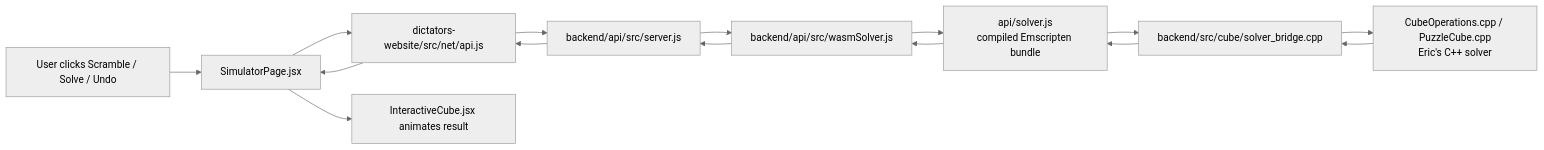
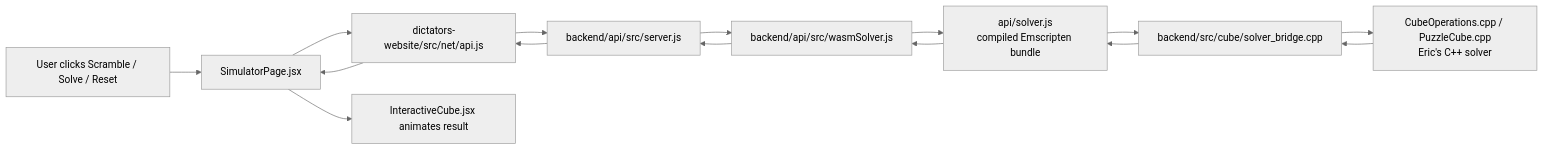
Before and after one commit to Ofunrein/dictators-rubikscube: the first of 3 diagrams in docs/sprint-3-martin.md, drawn with Mermaid (neutral theme). The commit also changed other lines of this file and 8 other files, not shown here.

````diff
--- a/docs/sprint-3-martin.md
+++ b/docs/sprint-3-martin.md
@@ -67,17 +67,17 @@
 ```mermaid
 flowchart LR
-    A[User clicks Scramble / Solve / Undo] --> B[SimulatorPage.jsx]
+    A[User clicks Scramble / Solve / Reset] --> B[SimulatorPage.jsx]
     B --> C[dictators-website/src/net/api.js]
     C --> D[backend/api/src/server.js]
     D --> E[backend/api/src/wasmSolver.js]
     E --> F[api/solver.js<br/>compiled Emscripten bundle]
     F --> G[backend/src/cube/solver_bridge.cpp]
     G --> H[CubeOperations.cpp / PuzzleCube.cpp<br/>Eric's C++ solver]
     H --> G
     G --> F
     F --> E
     E --> D
     D --> C
     C --> B
     B --> I[InteractiveCube.jsx animates result]
 ```
````
